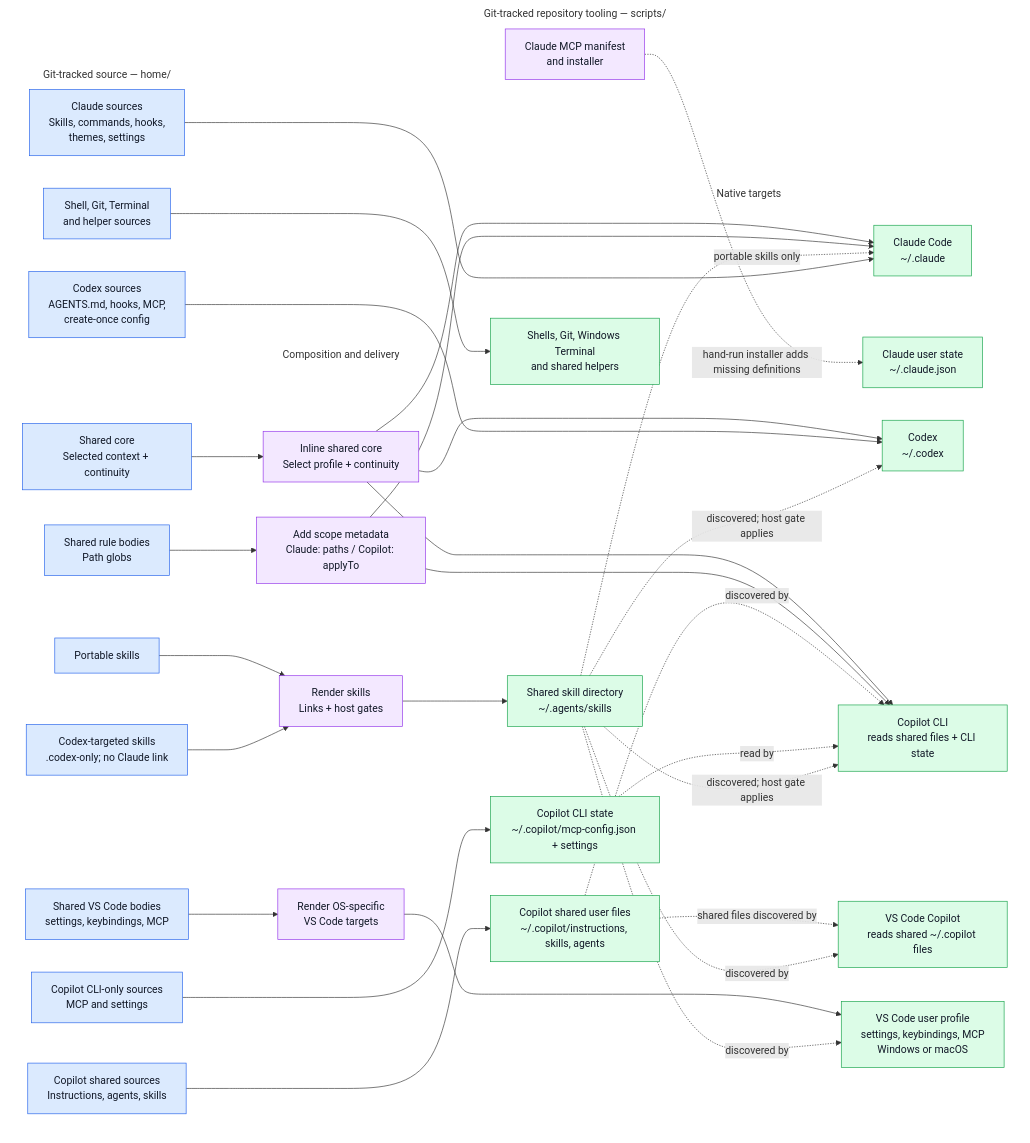
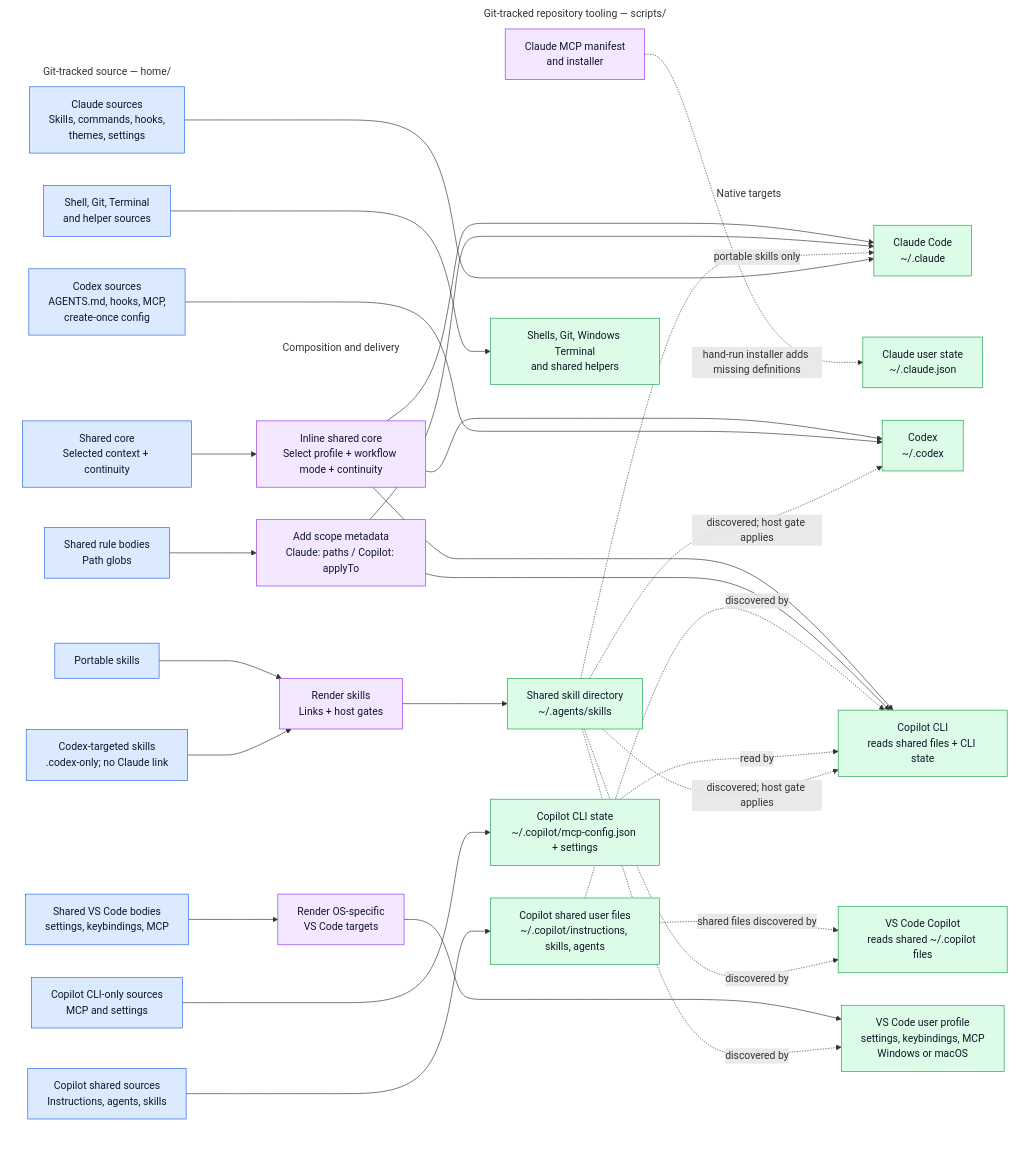
The first of 4 diagrams in README.md (sherrilla71940/personal-agentic-dev-environment), drawn with Mermaid before and after one commit. The commit also changed other lines of this file and 23 other files, not shown here.

Commit message:
feat(workflows): add native profile mode and clarify lifecycle

```diff
--- a/README.md
+++ b/README.md
@@ -84,7 +84,7 @@
     end
 
     subgraph render["Composition and delivery"]
-        instructionAdapters["Inline shared core<br/>Select profile + continuity"]
+        instructionAdapters["Inline shared core<br/>Select profile + workflow mode + continuity"]
         ruleAdapters["Add scope metadata<br/>Claude: paths / Copilot: applyTo"]
         skillDelivery["Render skills<br/>Links + host gates"]
         osAdapters["Render OS-specific<br/>VS Code targets"]
```
